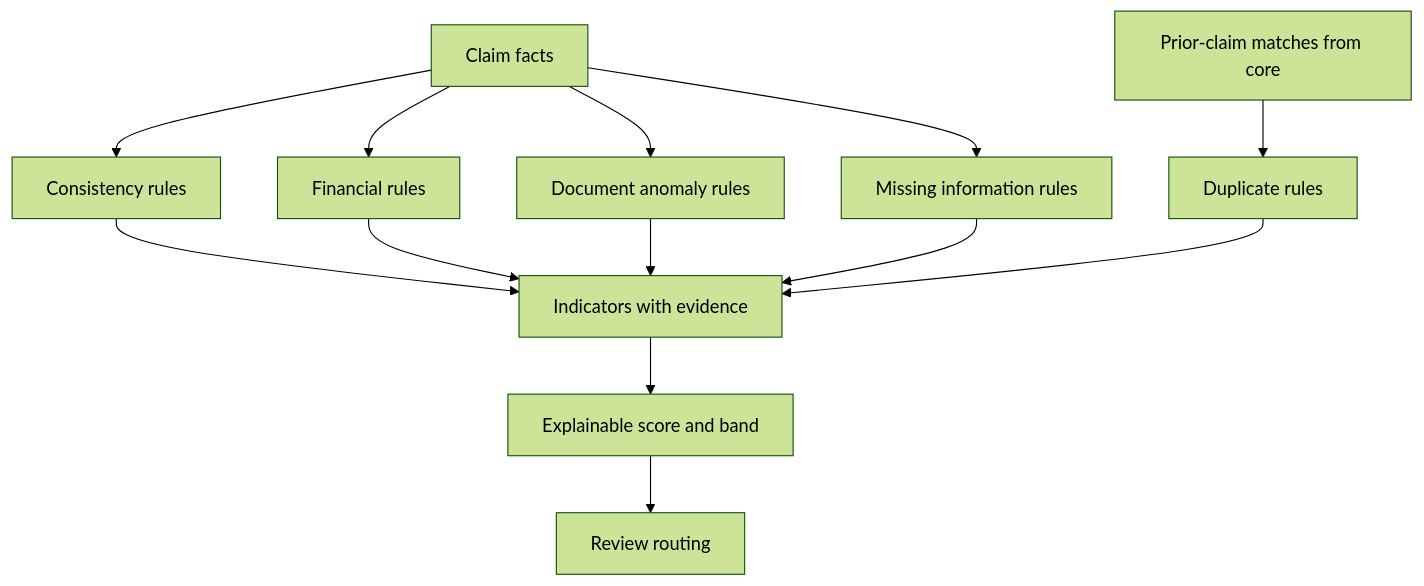
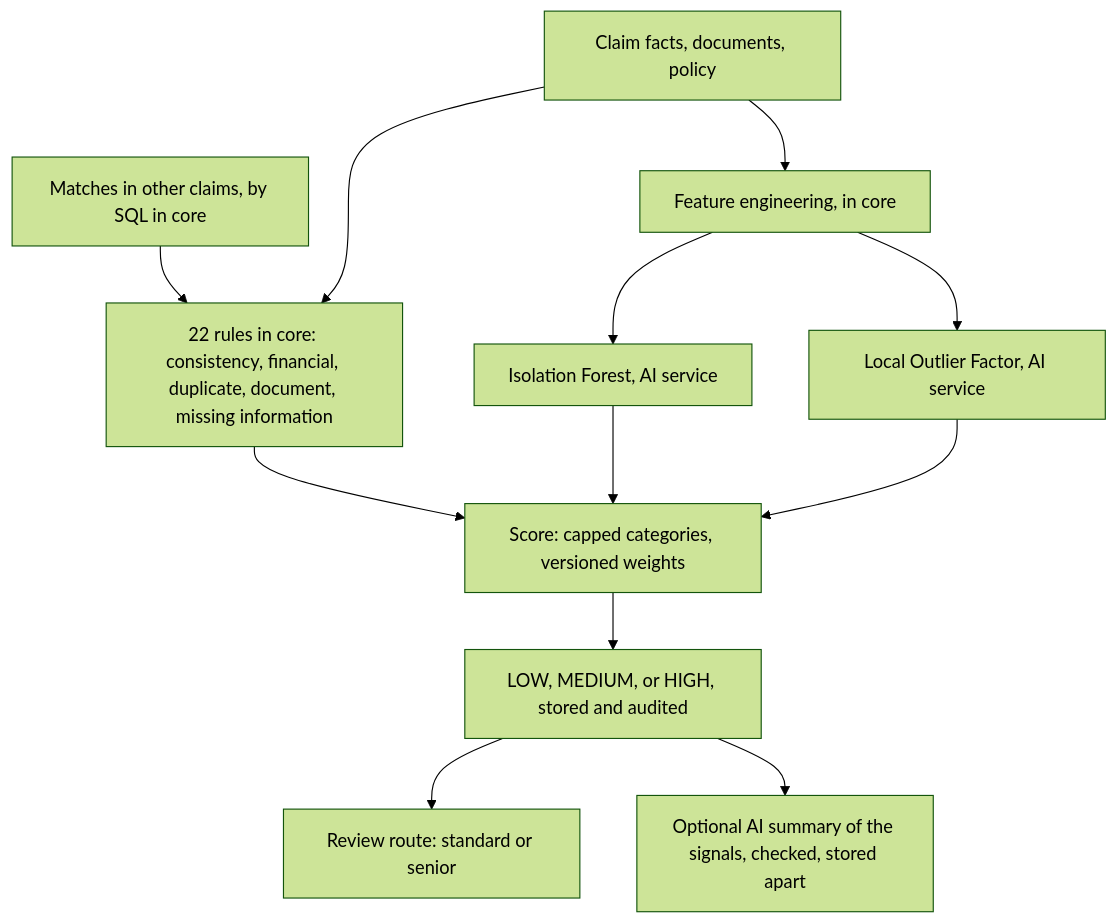
One commit to vsanishb/prism changed the seventh of 10 diagrams in docs/system-flows.md. Above: the diagram before and after it, drawn with Mermaid (forest theme). The commit also changed other lines of this file and 31 other files, not shown here.

````diff
--- a/docs/system-flows.md
+++ b/docs/system-flows.md
@@ -134,11 +134,13 @@
 ```mermaid
 flowchart TD
-    A[Claim facts] --> B[Consistency rules]
-    A --> C[Financial rules]
-    P[Prior-claim matches from core] --> D[Duplicate rules]
-    A --> E[Document anomaly rules]
-    A --> M[Missing information rules]
-    B & C & D & E & M --> F[Indicators with evidence]
-    F --> G[Explainable score and band]
-    G --> H[Review routing]
+    A[Claim facts, documents, policy] --> FE[Feature engineering, in core]
+    P[Matches in other claims, by SQL in core] --> R
+    A --> R[22 rules in core: consistency, financial, duplicate, document, missing information]
+    FE --> IF[Isolation Forest, AI service]
+    FE --> LOF[Local Outlier Factor, AI service]
+    R --> S[Score: capped categories, versioned weights]
+    IF & LOF --> S
+    S --> B[LOW, MEDIUM, or HIGH, stored and audited]
+    B --> H[Review route: standard or senior]
+    B --> X[Optional AI summary of the signals, checked, stored apart]
 ```
````
